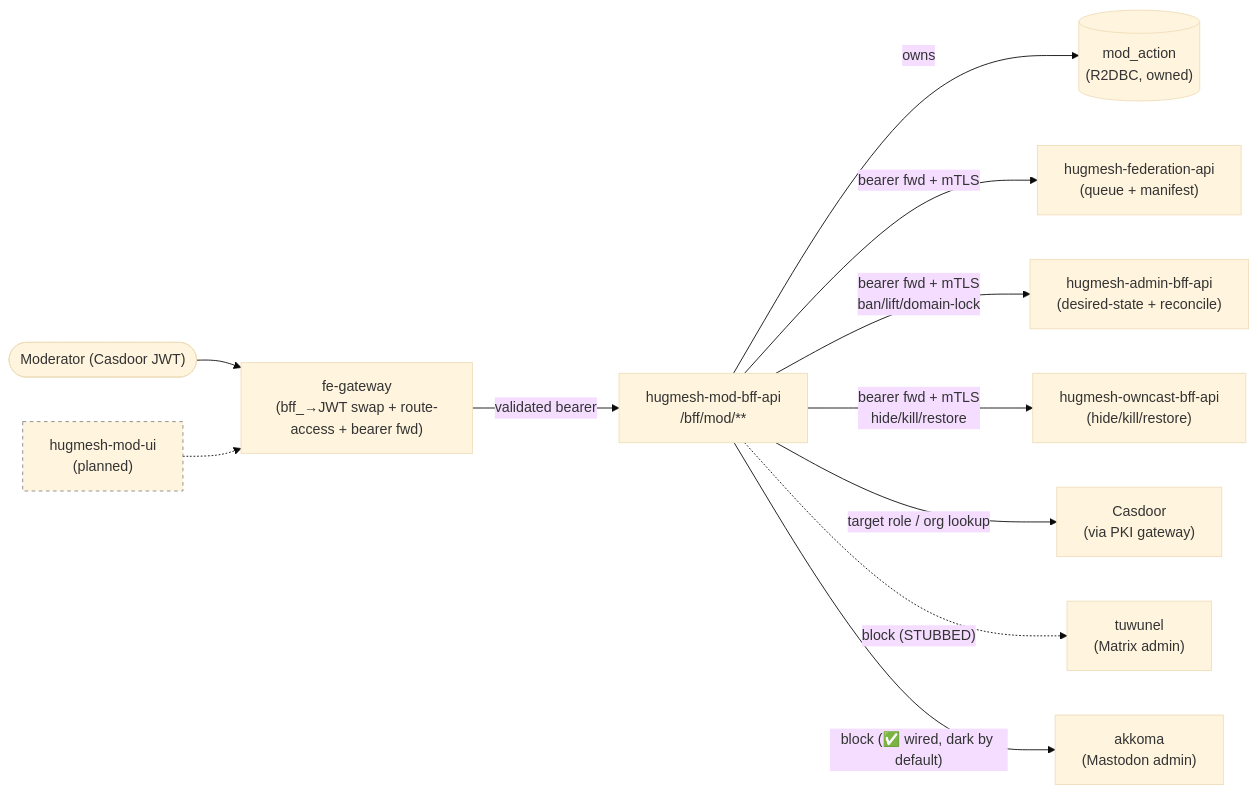
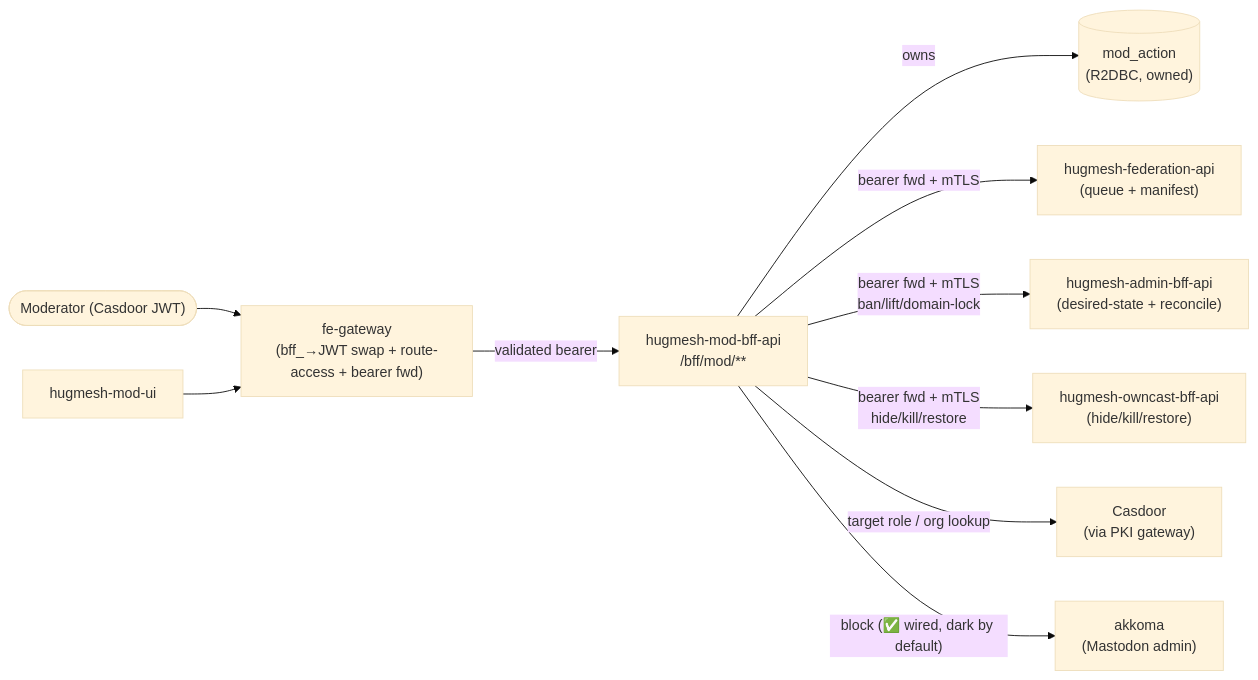
Before and after one commit to hugmesh/hugmesh.github.io: the first of 4 diagrams in content/reference/mod-bff.md, drawn with Mermaid (base theme). The commit also changed other lines of this file and 166 other files, not shown here.

````diff
--- a/content/reference/mod-bff.md
+++ b/content/reference/mod-bff.md
@@ -71,28 +74,23 @@
 ```mermaid
 flowchart LR
     mod(["Moderator (Casdoor JWT)"])
-    ui["hugmesh-mod-ui<br/>(planned)"]
+    ui["hugmesh-mod-ui"]
     gw["fe-gateway<br/>(bff_→JWT swap + route-access + bearer fwd)"]
     bff["hugmesh-mod-bff-api<br/>/bff/mod/**"]
     audit[("mod_action<br/>(R2DBC, owned)")]
     fed["hugmesh-federation-api<br/>(queue + manifest)"]
     admin["hugmesh-admin-bff-api<br/>(desired-state + reconcile)"]
     owncast["hugmesh-owncast-bff-api<br/>(hide/kill/restore)"]
     casdoor["Casdoor<br/>(via PKI gateway)"]
-    matrix["tuwunel<br/>(Matrix admin)"]
     akkoma["akkoma<br/>(Mastodon admin)"]
 
     mod --> gw
-    ui -.-> gw
+    ui --> gw
     gw -->|"validated bearer"| bff
     bff -->|"owns"| audit
     bff -->|"bearer fwd + mTLS"| fed
     bff -->|"bearer fwd + mTLS<br/>ban/lift/domain-lock"| admin
     bff -->|"bearer fwd + mTLS<br/>hide/kill/restore"| owncast
     bff -->|"target role / org lookup"| casdoor
-    bff -.->|"block (STUBBED)"| matrix
     bff -->|"block (✅ wired, dark by default)"| akkoma
-
-    classDef planned stroke-dasharray:4,stroke:#888;
-    class ui planned;
 ```
````
